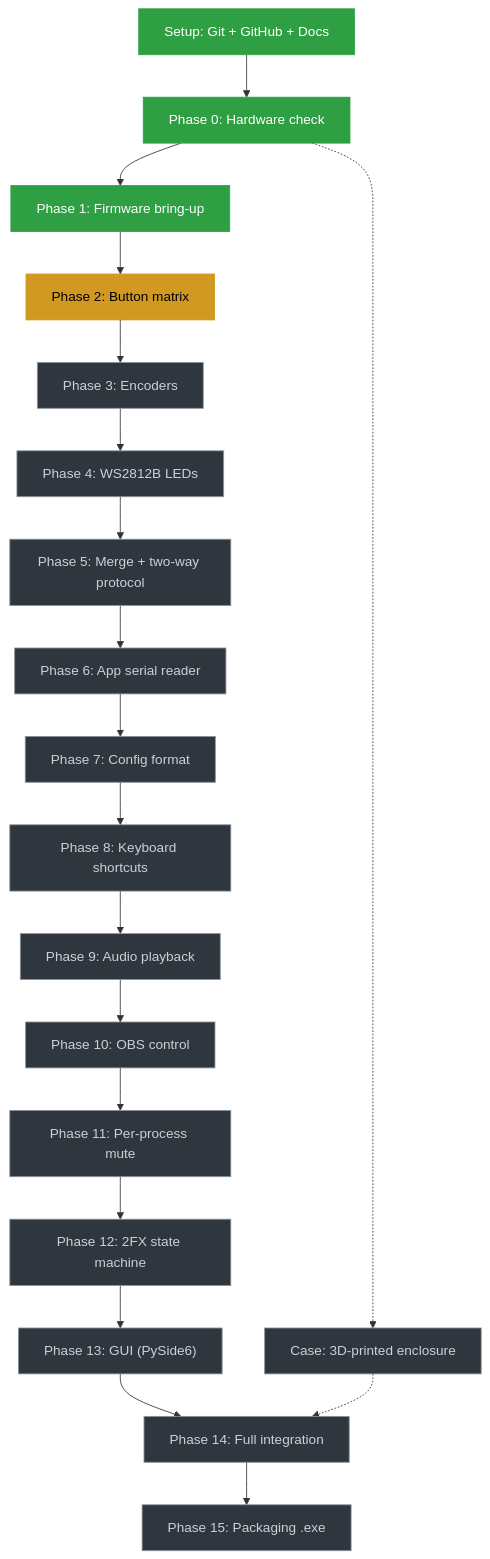
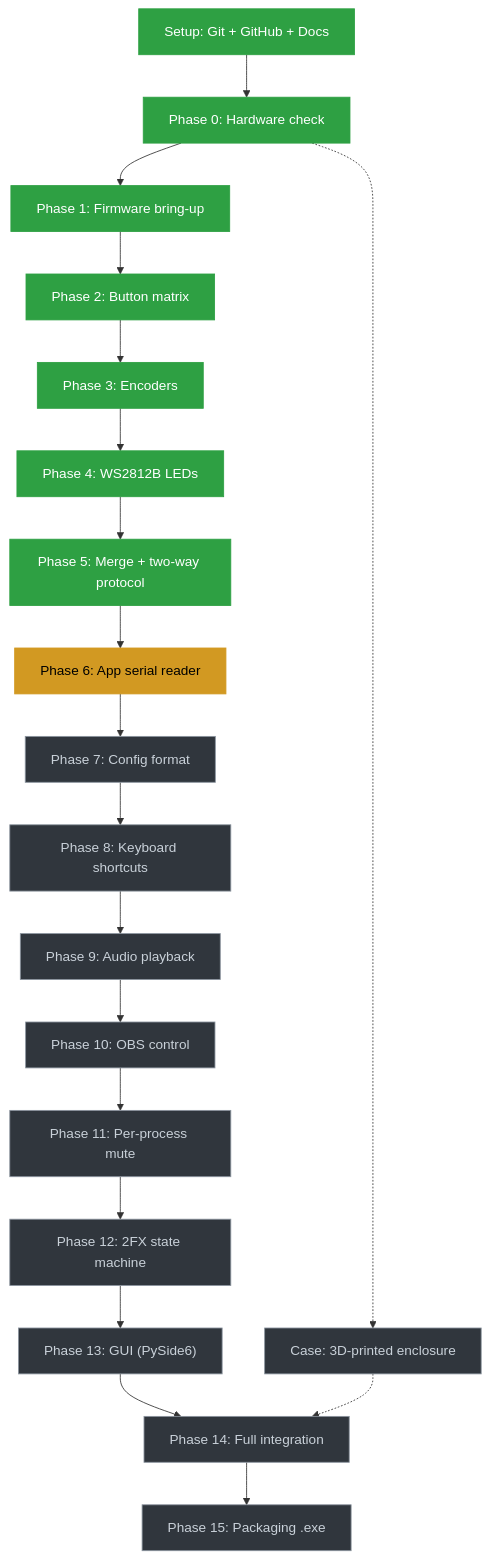
One commit to NeoCraftStudio/stream-deck-macro changed the diagram in README.md. Above: the diagram before and after it, drawn with Mermaid. The commit also changed 2 other files, not shown here.

Commit message:
after Arduino protoboard mounting and testing

````diff
--- a/README.md
+++ b/README.md
@@ -19,25 +19,25 @@
 ```mermaid
 flowchart TD
     S["Setup: Git + GitHub + Docs"]:::done --> P0["Phase 0: Hardware check"]:::done
     P0 --> P1["Phase 1: Firmware bring-up"]:::done
-    P1 --> P2["Phase 2: Button matrix"]:::current
-    P2 --> P3["Phase 3: Encoders"]:::todo
-    P3 --> P4["Phase 4: WS2812B LEDs"]:::todo
-    P4 --> P5["Phase 5: Merge + two-way protocol"]:::todo
-    P5 --> P6["Phase 6: App serial reader"]:::todo
+    P1 --> P2["Phase 2: Button matrix"]:::done
+    P2 --> P3["Phase 3: Encoders"]:::done
+    P3 --> P4["Phase 4: WS2812B LEDs"]:::done
+    P4 --> P5["Phase 5: Merge + two-way protocol"]:::done
+    P5 --> P6["Phase 6: App serial reader"]:::current
     P6 --> P7["Phase 7: Config format"]:::todo
     P7 --> P8["Phase 8: Keyboard shortcuts"]:::todo
     P8 --> P9["Phase 9: Audio playback"]:::todo
     P9 --> P10["Phase 10: OBS control"]:::todo
     P10 --> P11["Phase 11: Per-process mute"]:::todo
     P11 --> P12["Phase 12: 2FX state machine"]:::todo
     P12 --> P13["Phase 13: GUI (PySide6)"]:::todo
     P13 --> P14["Phase 14: Full integration"]:::todo
     P14 --> P15["Phase 15: Packaging .exe"]:::todo
     P0 -.-> C["Case: 3D-printed enclosure"]:::todo
     C -.-> P14
 
     classDef done fill:#2ea043,stroke:#2ea043,color:#fff
     classDef current fill:#d29922,stroke:#d29922,color:#000
     classDef todo fill:#30363d,stroke:#8b949e,color:#c9d1d9
 ```
````
